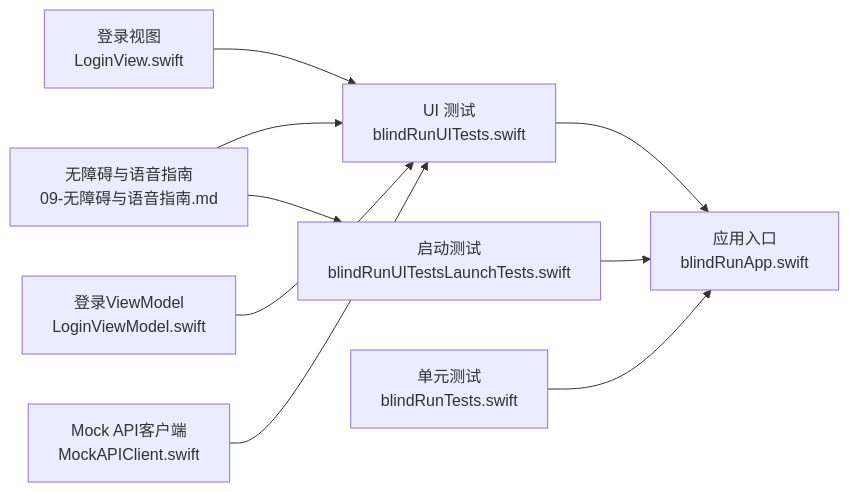
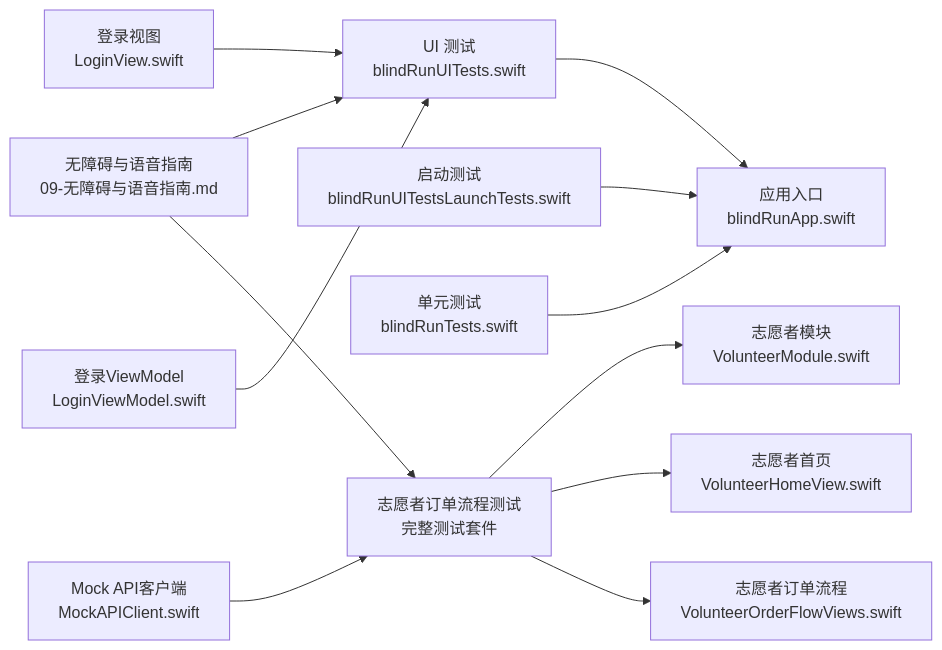
One commit to Jayden23018/blind-run-ios changed the sixth of 6 diagrams in .qoder/repowiki/zh/content/测试策略/UI 自动化测试.md. Above: the diagram before and after it, drawn with Mermaid. The commit also changed other lines of this file and 8 other files, not shown here.

````diff
--- a/.qoder/repowiki/zh/content/测试策略/UI 自动化测试.md
+++ b/.qoder/repowiki/zh/content/测试策略/UI 自动化测试.md
@@ -329,11 +460,14 @@
 ```mermaid
 graph LR
 UIT["UI 测试<br/>blindRunUITests.swift"] --> APP["应用入口<br/>blindRunApp.swift"]
 LUT["启动测试<br/>blindRunUITestsLaunchTests.swift"] --> APP
 CT["单元测试<br/>blindRunTests.swift"] --> APP
+VOT["志愿者订单流程测试<br/>完整测试套件"] --> VOLMODULE["志愿者模块<br/>VolunteerModule.swift"]
+VOT --> VOLHOME["志愿者首页<br/>VolunteerHomeView.swift"]
+VOT --> VOLFLOW["志愿者订单流程<br/>VolunteerOrderFlowViews.swift"]
 ACC["无障碍与语音指南<br/>09-无障碍与语音指南.md"] --> UIT
-ACC --> LUT
+ACC --> VOT
 LOGIN["登录视图<br/>LoginView.swift"] --> UIT
 VM["登录ViewModel<br/>LoginViewModel.swift"] --> UIT
-MOCK["Mock API客户端<br/>MockAPIClient.swift"] --> UIT
+MOCK["Mock API客户端<br/>MockAPIClient.swift"] --> VOT
 ```
````
